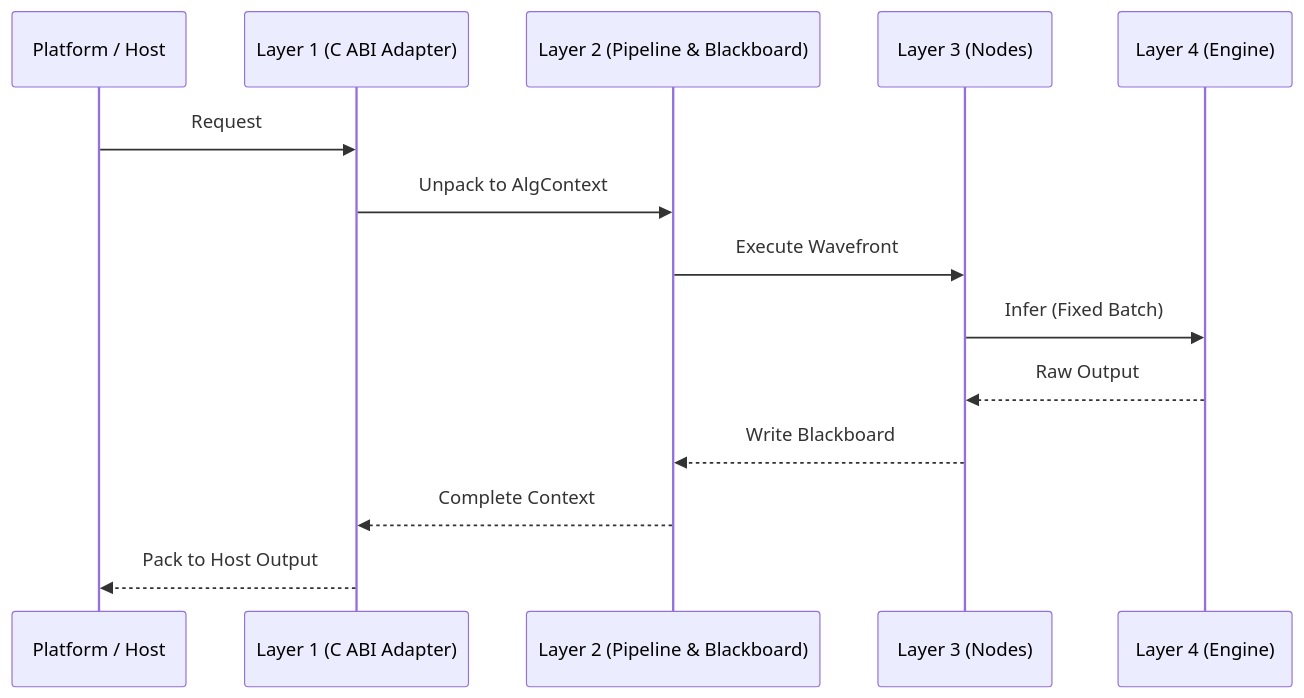
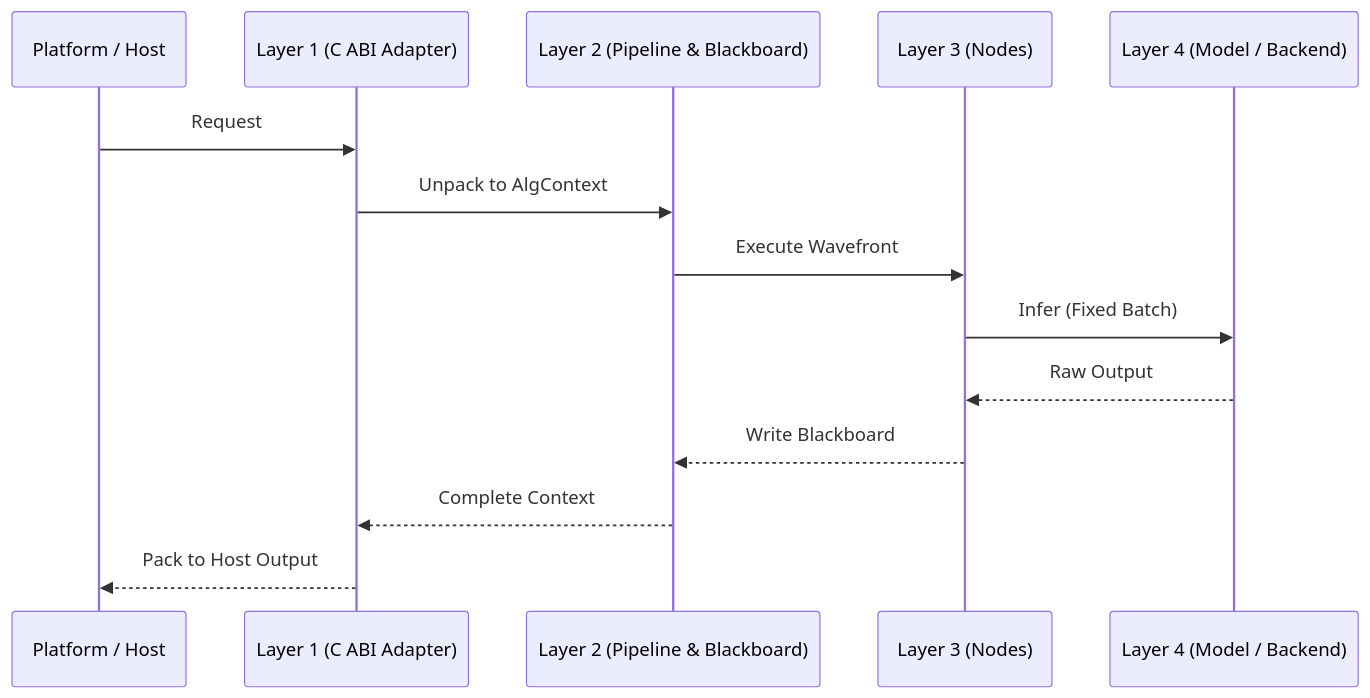
Before and after one commit to chamsechan/LLM-EdgeFlow: the diagram in doc/rfcs/RFC_TEMPLATE.md, drawn with Mermaid. The commit also changed other lines of this file and 29 other files, not shown here.

````diff
--- a/doc/rfcs/RFC_TEMPLATE.md
+++ b/doc/rfcs/RFC_TEMPLATE.md
@@ -46,16 +46,16 @@
 ```mermaid
 sequenceDiagram
     participant Host as Platform / Host
     participant L1 as Layer 1 (C ABI Adapter)
     participant L2 as Layer 2 (Pipeline & Blackboard)
     participant L3 as Layer 3 (Nodes)
-    participant L4 as Layer 4 (Engine)
+    participant L4 as Layer 4 (Model / Backend)
     Host->>L1: Request
     L1->>L2: Unpack to AlgContext
     L2->>L3: Execute Wavefront
     L3->>L4: Infer (Fixed Batch)
     L4-->>L3: Raw Output
     L3-->>L2: Write Blackboard
     L2-->>L1: Complete Context
     L1-->>Host: Pack to Host Output
 ```
````
